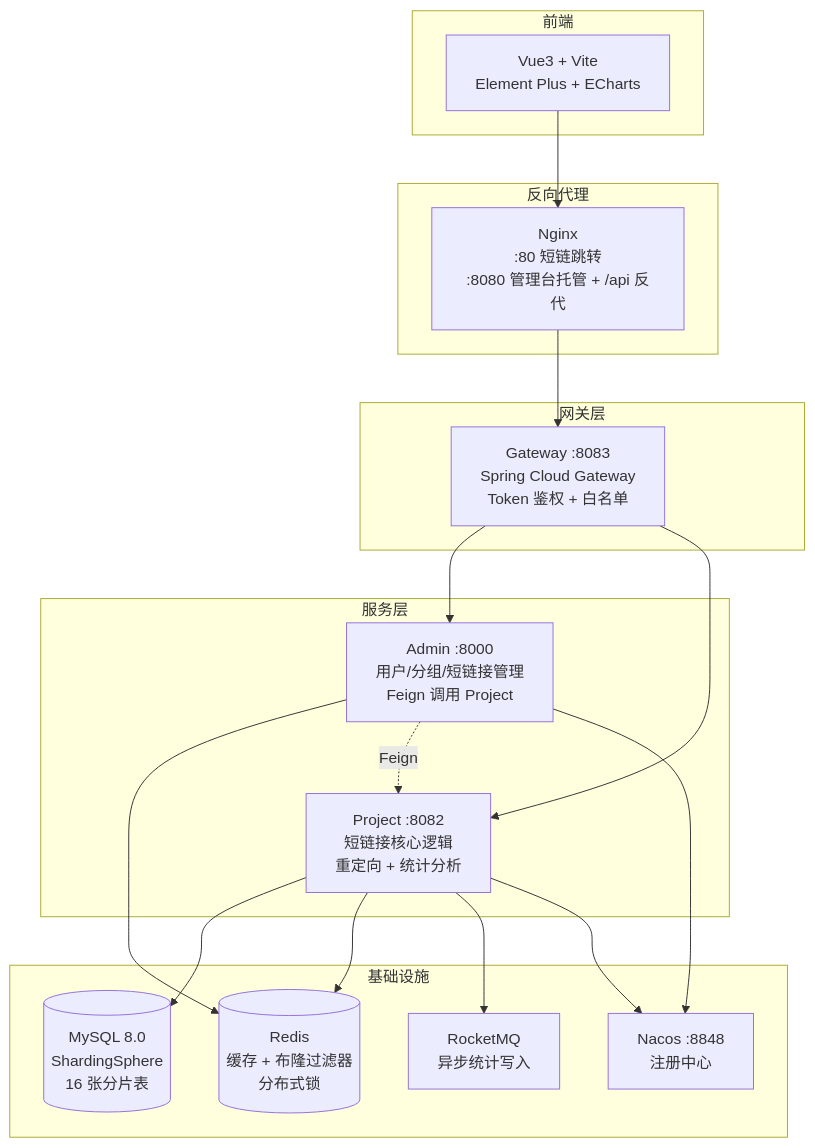
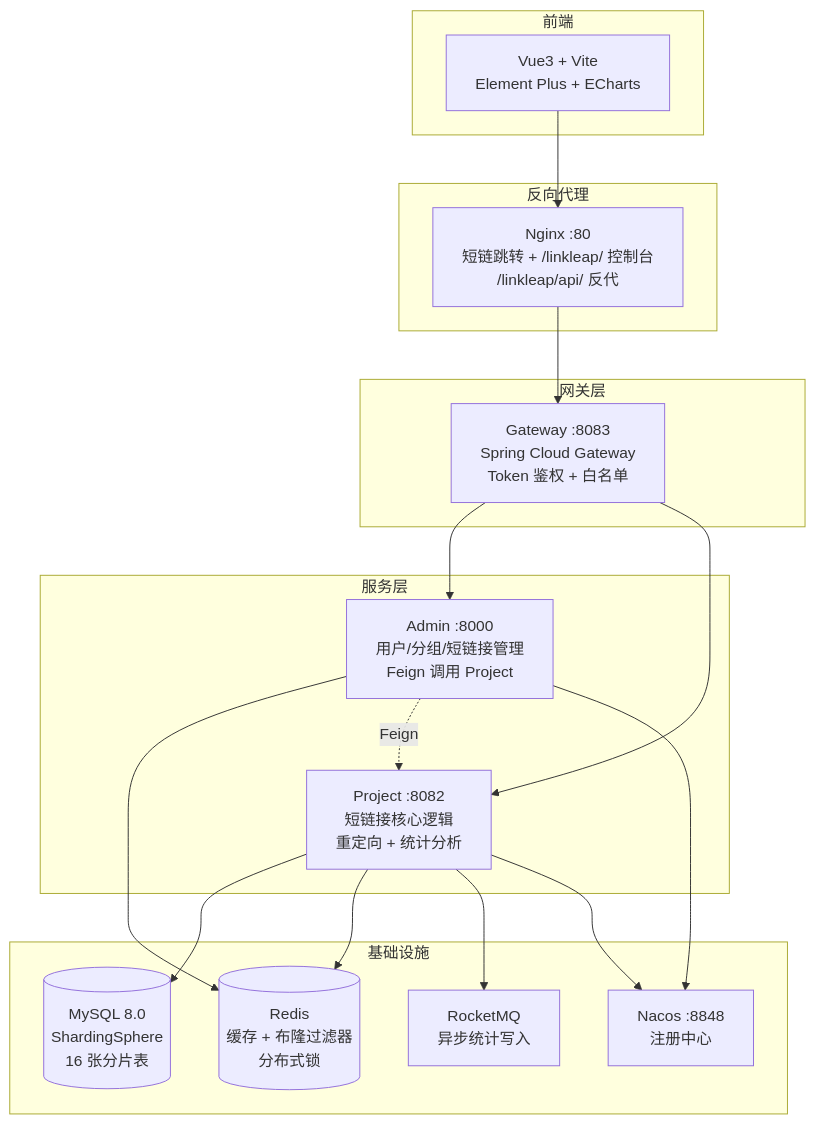
One commit to fanfan151460/shortlink changed the diagram in README.md. Above: the diagram before and after it, drawn with Mermaid. The commit also changed other lines of this file and 8 other files, not shown here.

````diff
--- a/README.md
+++ b/README.md
@@ -7,38 +15,38 @@
 ```mermaid
 graph TD
     subgraph 前端
         A[Vue3 + Vite<br/>Element Plus + ECharts]
     end
 
     subgraph 反向代理
-        N[Nginx<br/>:80 短链跳转<br/>:8080 管理台托管 + /api 反代]
+        N[Nginx :80<br/>短链跳转 + /linkleap/ 控制台<br/>/linkleap/api/ 反代]
     end
 
     subgraph 网关层
         B[Gateway :8083<br/>Spring Cloud Gateway<br/>Token 鉴权 + 白名单]
     end
 
     subgraph 服务层
         C[Admin :8000<br/>用户/分组/短链接管理<br/>Feign 调用 Project]
         D[Project :8082<br/>短链接核心逻辑<br/>重定向 + 统计分析]
     end
 
     subgraph 基础设施
         E[(MySQL 8.0<br/>ShardingSphere<br/>16 张分片表)]
         F[(Redis<br/>缓存 + 布隆过滤器<br/>分布式锁)]
         G[Nacos :8848<br/>注册中心]
         H[RocketMQ<br/>异步统计写入]
     end
 
     A --> N
     N --> B
     B --> C
     B --> D
     C --> F
     C -.->|Feign| D
     D --> E
     D --> F
     D --> H
     C --> G
     D --> G
 ```
````
